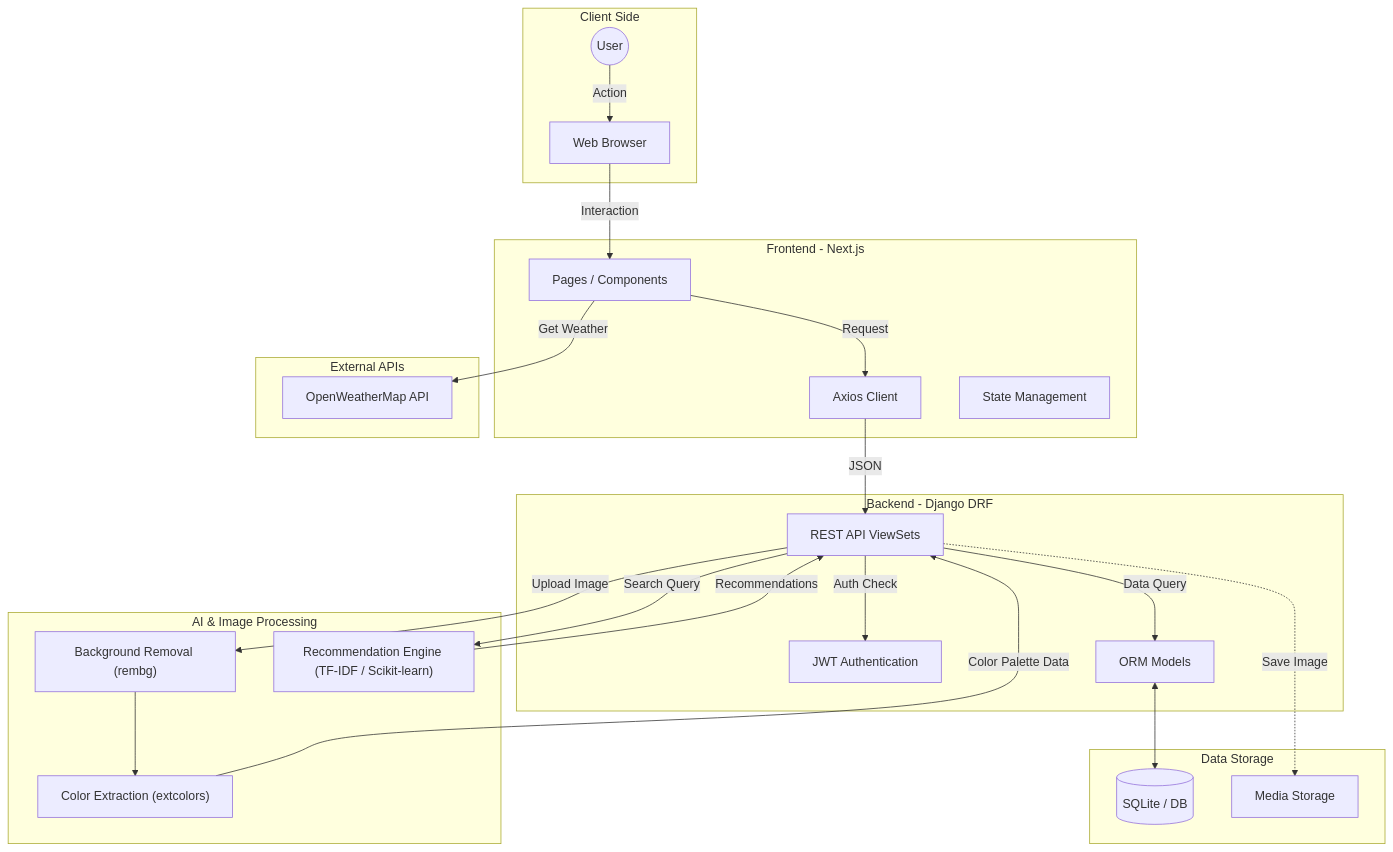
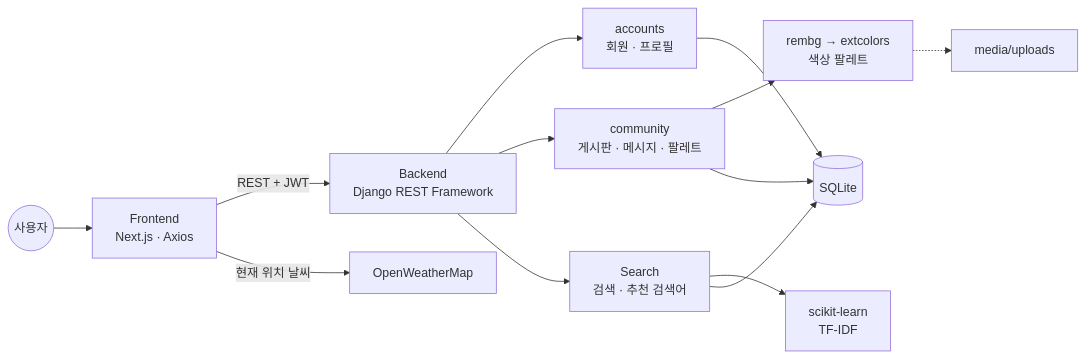
Before and after one commit to yss9/Mofy: the diagram in README.md, drawn with Mermaid. The commit also changed other lines of this file and 4 other files, not shown here.

````diff
--- a/README.md
+++ b/README.md
@@ -20,60 +110,18 @@
 ```mermaid
-graph TD
-    subgraph Client_Side["Client Side"]
-        User((User))
-        Browser["Web Browser"]
-    end
+graph LR
+    User((사용자)) --> FE["Frontend<br/>Next.js · Axios"]
+    FE -- "REST + JWT" --> API["Backend<br/>Django REST Framework"]
+    FE -- "현재 위치 날씨" --> Weather["OpenWeatherMap"]
 
-    subgraph Frontend_App["Frontend - Next.js"]
-        Page["Pages / Components"]
-        Axios["Axios Client"]
-        State["State Management"]
-    end
+    API --> Accounts["accounts<br/>회원 · 프로필"]
+    API --> Community["community<br/>게시판 · 메시지 · 팔레트"]
+    API --> Search["Search<br/>검색 · 추천 검색어"]
 
-    subgraph Backend_App["Backend - Django DRF"]
-        API["REST API ViewSets"]
-        Auth["JWT Authentication"]
-        DB_Interface["ORM Models"]
-    end
+    Community --> Pipe["rembg → extcolors<br/>색상 팔레트"]
+    Search --> TFIDF["scikit-learn<br/>TF-IDF"]
 
-    subgraph AI_Processing["AI & Image Processing"]
-        Rembg["Background Removal (rembg)"]
-        ColorExt["Color Extraction (extcolors)"]
-        RecSys["Recommendation Engine (TF-IDF / Scikit-learn)"]
-    end
-
-    subgraph Data_Storage["Data Storage"]
-        SQLite[("SQLite / DB")]
-        Media["Media Storage"]
-    end
-
-    subgraph External_Services["External APIs"]
-        Weather["OpenWeatherMap API"]
-    end
-
-    %% Connections
-    User -->|Action| Browser
-    Browser -->|Interaction| Page
-    Page -->|Request| Axios
-    Axios -- JSON --> API
-
-    API -->|Auth Check| Auth
-    API -->|Data Query| DB_Interface
-    DB_Interface <--> SQLite
-
-    %% Image Processing Flow
-    API -->|Upload Image| Rembg
-    Rembg --> ColorExt
-    ColorExt -->|Color Palette Data| API
-
-    %% Recommendation Flow
-    API -->|Search Query| RecSys
-    RecSys -->|Recommendations| API
-
-    %% Image Storage
-    API -.->|Save Image| Media
-
-    %% External API
-    Page -->|Get Weather| Weather
-
+    Accounts --> DB[("SQLite")]
+    Community --> DB
+    Search --> DB
+    Pipe -.-> Media["media/uploads"]
 ```
````
